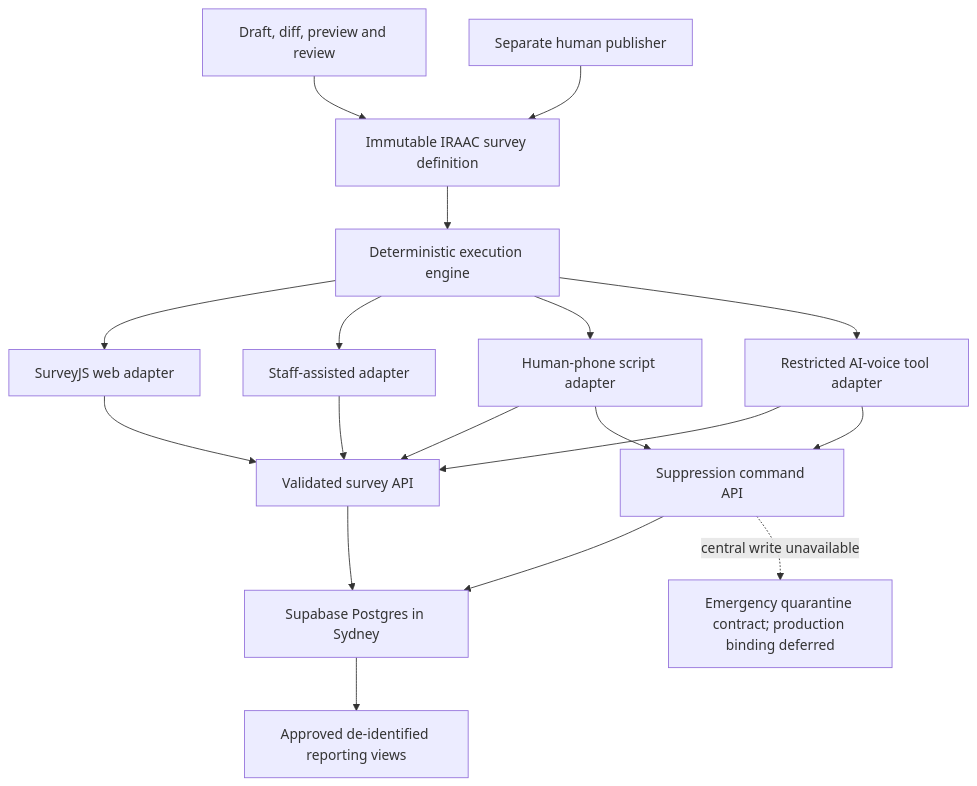
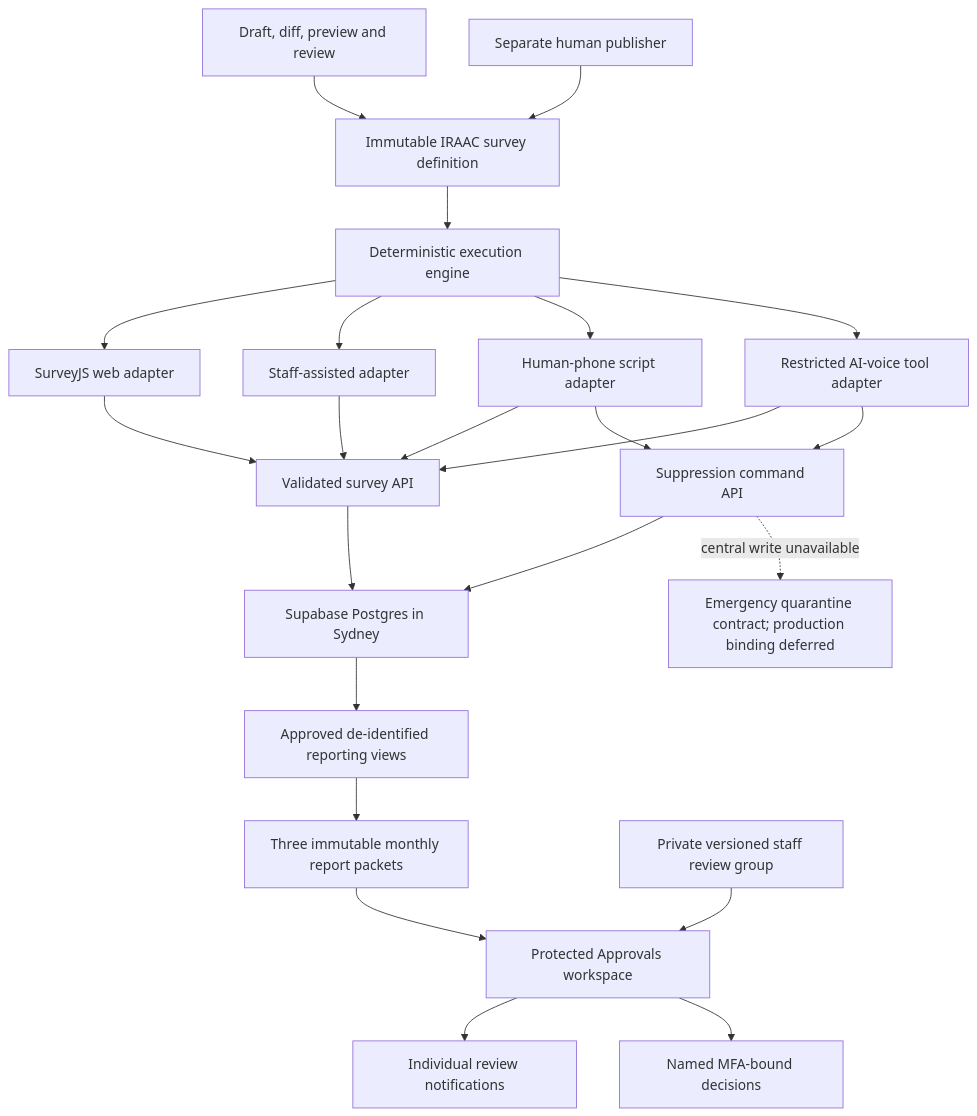
The diagram in docs/plans/2026-07-31-001-feat-canonical-survey-platform-plan.md (iraac-dev/iraac-website), drawn with Mermaid before and after one commit. The commit also changed other lines of this file and 3 other files, not shown here.

First line of the commit message:
docs: define monthly report approval centre

````diff
--- a/docs/plans/2026-07-31-001-feat-canonical-survey-platform-plan.md
+++ b/docs/plans/2026-07-31-001-feat-canonical-survey-platform-plan.md
@@ -204,20 +314,25 @@
 ```mermaid
 flowchart TB
   D["Immutable IRAAC survey definition"] --> E["Deterministic execution engine"]
   E --> W["SurveyJS web adapter"]
   E --> S["Staff-assisted adapter"]
   E --> H["Human-phone script adapter"]
   E --> V["Restricted AI-voice tool adapter"]
   W --> A["Validated survey API"]
   S --> A
   H --> A
   V --> A
   H --> X["Suppression command API"]
   V --> X
   X --> P
   X -. "central write unavailable" .-> Q["Emergency quarantine contract; production binding deferred"]
   A --> P["Supabase Postgres in Sydney"]
   P --> R["Approved de-identified reporting views"]
+  R --> Z["Three immutable monthly report packets"]
+  Z --> Y["Protected Approvals workspace"]
+  C["Private versioned staff review group"] --> Y
+  Y --> N["Individual review notifications"]
+  Y --> O["Named MFA-bound decisions"]
   G["Draft, diff, preview and review"] --> D
   U["Separate human publisher"] --> D
 ```
````
